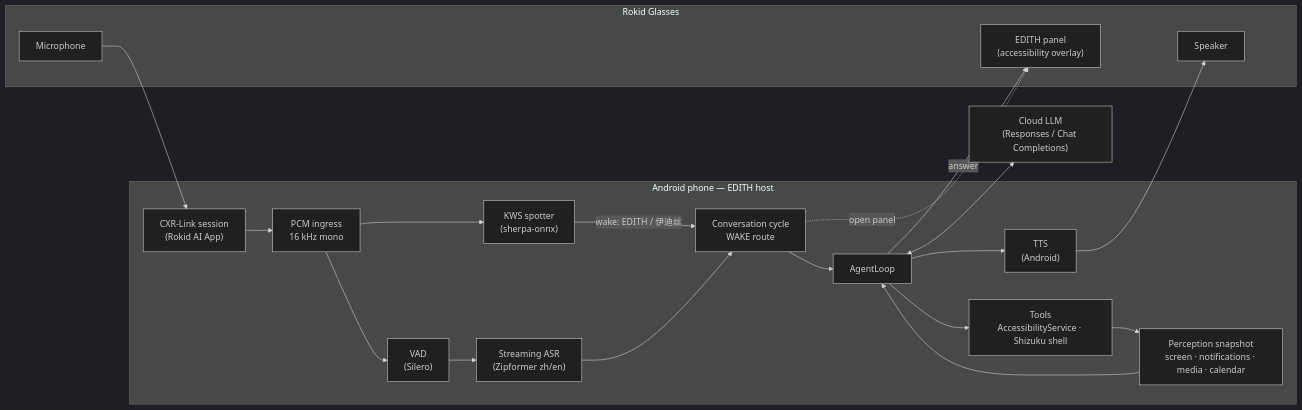
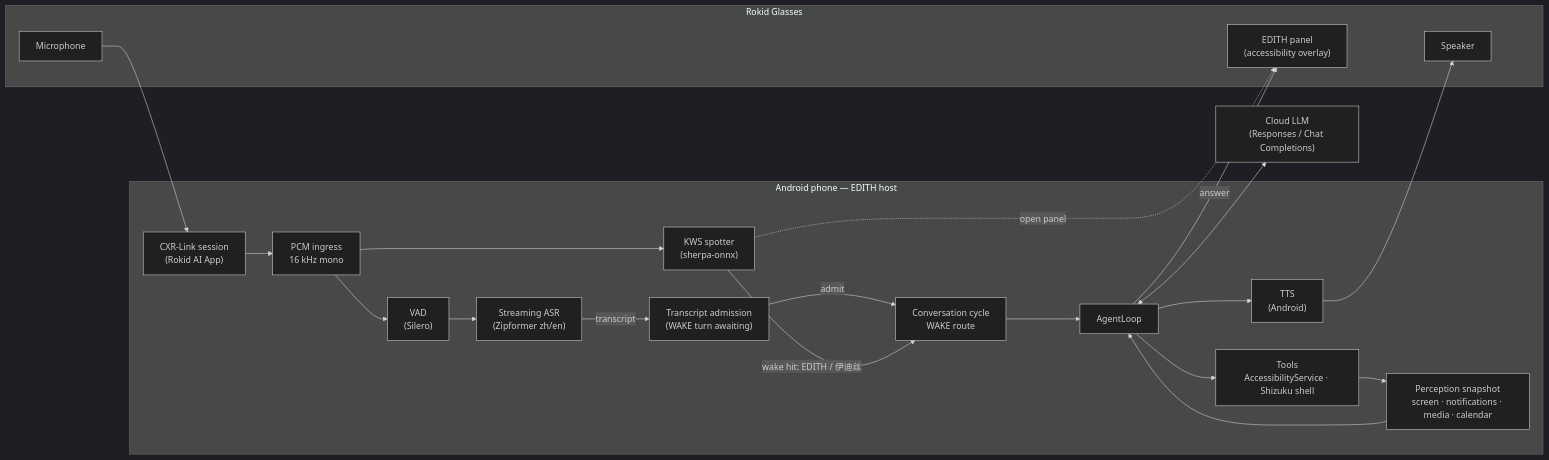
One commit to EdouardRichard/EDITH changed the first of 2 diagrams in README.md. Above: the diagram before and after it, drawn with Mermaid (dark theme). The commit also changed other lines of this file and 1 other file, not shown here.

First line of the commit message:
docs: clarify wake-route transcript admission in READMEs

````diff
--- a/README.md
+++ b/README.md
@@ -93,36 +92,39 @@
 ```mermaid
 flowchart LR
     subgraph G["Rokid Glasses"]
         MIC["Microphone"]
         HUD["EDITH panel<br/>(accessibility overlay)"]
         SPK["Speaker"]
     end
 
     subgraph P["Android phone — EDITH host"]
         CXR["CXR-Link session<br/>(Rokid AI App)"]
         ING["PCM ingress<br/>16 kHz mono"]
         KWS["KWS spotter<br/>(sherpa-onnx)"]
         VAD["VAD<br/>(Silero)"]
         ASR["Streaming ASR<br/>(Zipformer zh/en)"]
+        ADMIT["Transcript admission<br/>(WAKE turn awaiting)"]
         CYCLE["Conversation cycle<br/>WAKE route"]
         LOOP["AgentLoop"]
         PERC["Perception snapshot<br/>screen · notifications · media · calendar"]
         TOOLS["Tools<br/>AccessibilityService · Shizuku shell"]
         TTS["TTS<br/>(Android)"]
     end
 
     LLM["Cloud LLM<br/>(Responses / Chat Completions)"]
 
     MIC --> CXR --> ING
     ING --> KWS
-    KWS -- "wake: EDITH / 伊迪丝" --> CYCLE
-    ING --> VAD --> ASR --> CYCLE
+    ING --> VAD --> ASR
+    ASR -- "transcript" --> ADMIT
+    ADMIT -- "admit" --> CYCLE
+    KWS -- "wake hit: EDITH / 伊迪丝" --> CYCLE
+    KWS -. "open panel" .-> HUD
     CYCLE --> LOOP
     LOOP <--> LLM
     PERC --> LOOP
     LOOP --> TOOLS
     TOOLS --> PERC
     LOOP -- "answer" --> HUD
-    CYCLE -. "open panel" .-> HUD
     LOOP --> TTS --> SPK
 ```
````
